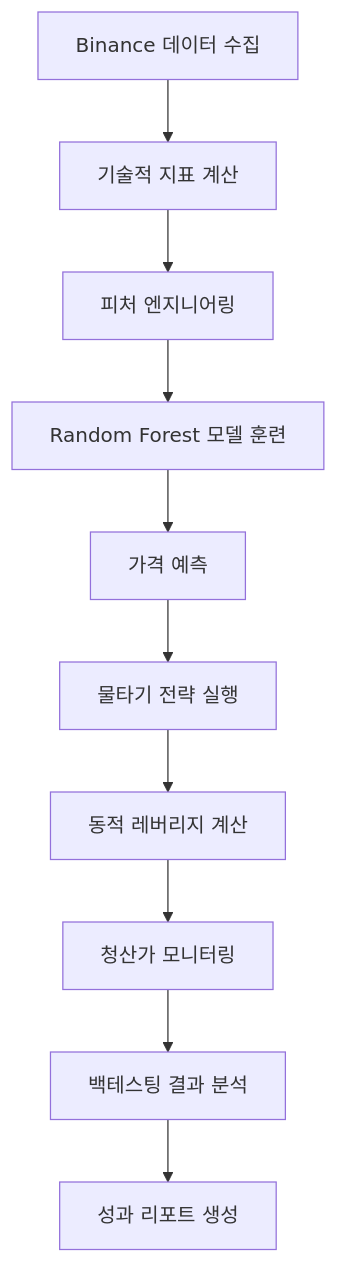
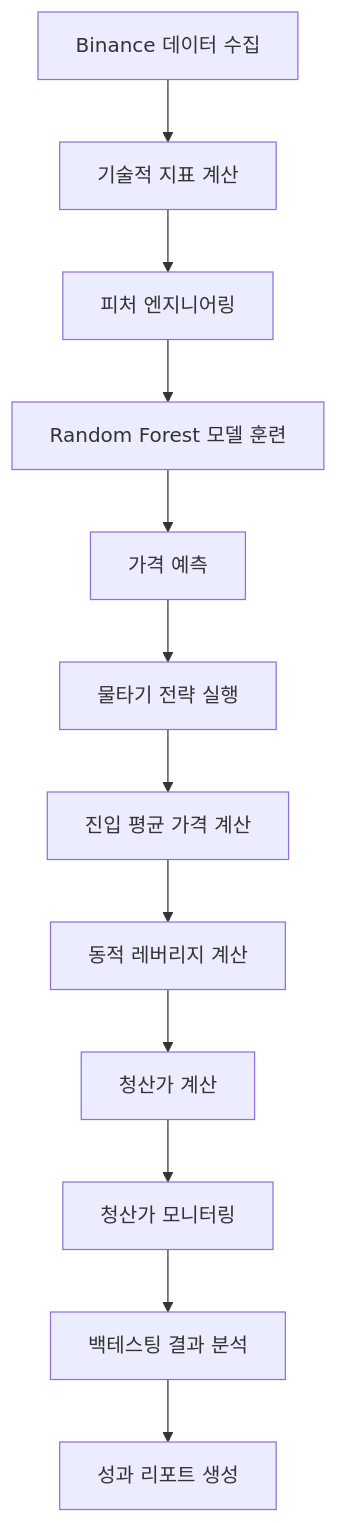
The diagram in README.md (jkk300000/btc_algorithm_trading), drawn with Mermaid before and after one commit. The commit also changed other lines of this file, not shown here.

````diff
--- a/README.md
+++ b/README.md
@@ -25,12 +25,14 @@
 ```mermaid
 graph TB
     A[Binance 데이터 수집] --> B[기술적 지표 계산]
     B --> C[피처 엔지니어링]
     C --> D[Random Forest 모델 훈련]
     D --> E[가격 예측]
     E --> F[물타기 전략 실행]
-    F --> G[동적 레버리지 계산]
-    G --> H[청산가 모니터링]
-    H --> I[백테스팅 결과 분석]
-    I --> J[성과 리포트 생성]
+    F --> G[진입 평균 가격 계산]
+    G --> H[동적 레버리지 계산]
+    H --> I[청산가 계산]
+    I --> J[청산가 모니터링]
+    J --> K[백테스팅 결과 분석]
+    K --> L[성과 리포트 생성]
 ```
````
